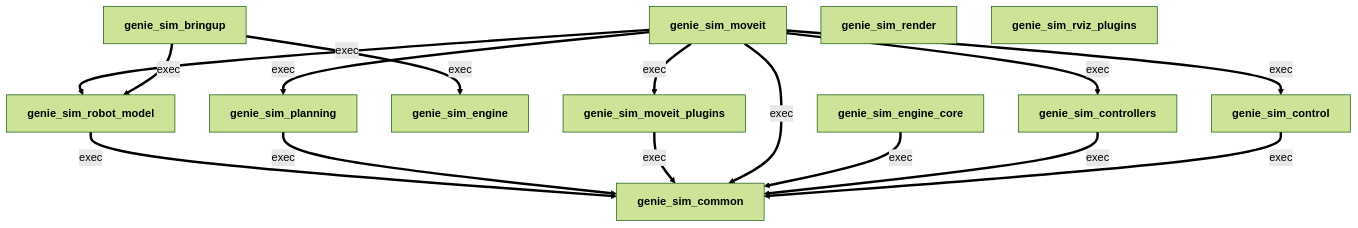
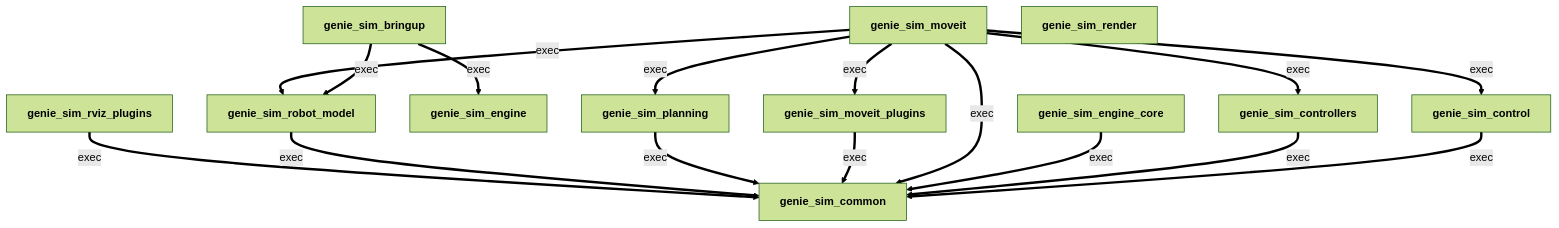
Before and after one commit to AgibotTech/genie_sim: the diagram in source/geniesim_ros/README.md, drawn with Mermaid (forest theme). The commit also changed 4 other files, not shown here.

````diff
--- a/source/geniesim_ros/README.md
+++ b/source/geniesim_ros/README.md
@@ -221,35 +221,36 @@
 ```mermaid
 graph TD
   %% Auto-generated by `geniesim tool ros-dag --fix`.
   %% Edges: -->|build|/|buildtool| build-time deps;
   %%        ==>|exec| runtime deps; -.->|test| test deps.
   %% Source: source/geniesim_ros/src/ros_ws/src/*/package.xml.
 
   genie_sim_bringup["<b>genie_sim_bringup</b>"]
   genie_sim_common["<b>genie_sim_common</b>"]
   genie_sim_control["<b>genie_sim_control</b>"]
   genie_sim_controllers["<b>genie_sim_controllers</b>"]
   genie_sim_engine["<b>genie_sim_engine</b>"]
   genie_sim_engine_core["<b>genie_sim_engine_core</b>"]
   genie_sim_moveit["<b>genie_sim_moveit</b>"]
   genie_sim_moveit_plugins["<b>genie_sim_moveit_plugins</b>"]
   genie_sim_planning["<b>genie_sim_planning</b>"]
   genie_sim_render["<b>genie_sim_render</b>"]
   genie_sim_robot_model["<b>genie_sim_robot_model</b>"]
   genie_sim_rviz_plugins["<b>genie_sim_rviz_plugins</b>"]
 
   genie_sim_bringup ==>|exec| genie_sim_engine
   genie_sim_bringup ==>|exec| genie_sim_robot_model
   genie_sim_moveit ==>|exec| genie_sim_robot_model
   genie_sim_moveit ==>|exec| genie_sim_moveit_plugins
   genie_sim_moveit ==>|exec| genie_sim_control
   genie_sim_moveit ==>|exec| genie_sim_controllers
   genie_sim_moveit ==>|exec| genie_sim_planning
   genie_sim_control ==>|exec| genie_sim_common
   genie_sim_controllers ==>|exec| genie_sim_common
   genie_sim_engine_core ==>|exec| genie_sim_common
   genie_sim_moveit ==>|exec| genie_sim_common
   genie_sim_moveit_plugins ==>|exec| genie_sim_common
   genie_sim_planning ==>|exec| genie_sim_common
   genie_sim_robot_model ==>|exec| genie_sim_common
+  genie_sim_rviz_plugins ==>|exec| genie_sim_common
 ```
````
